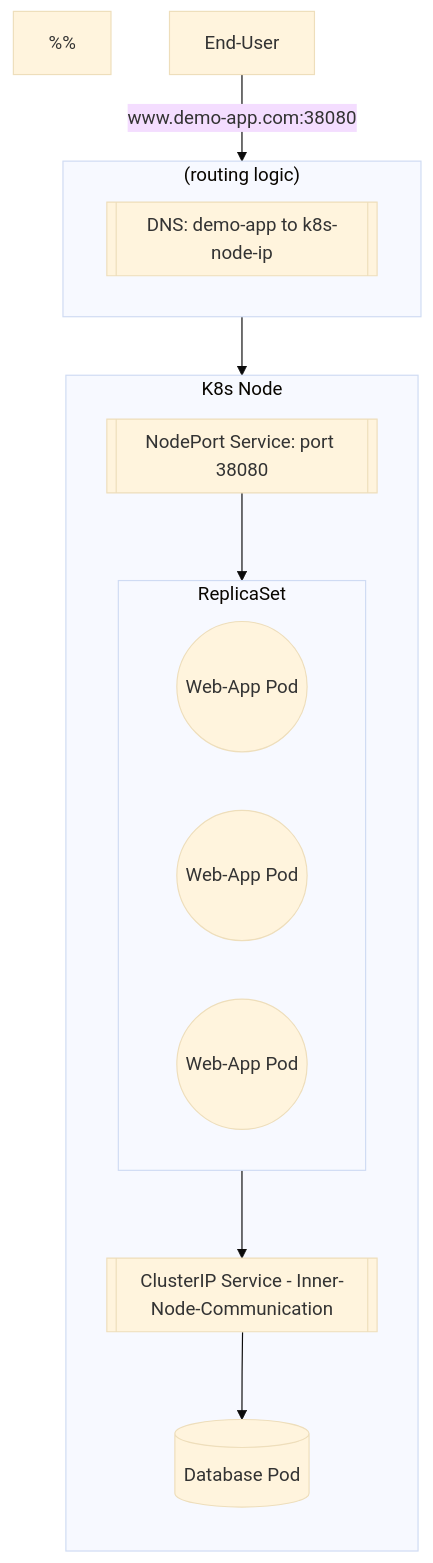
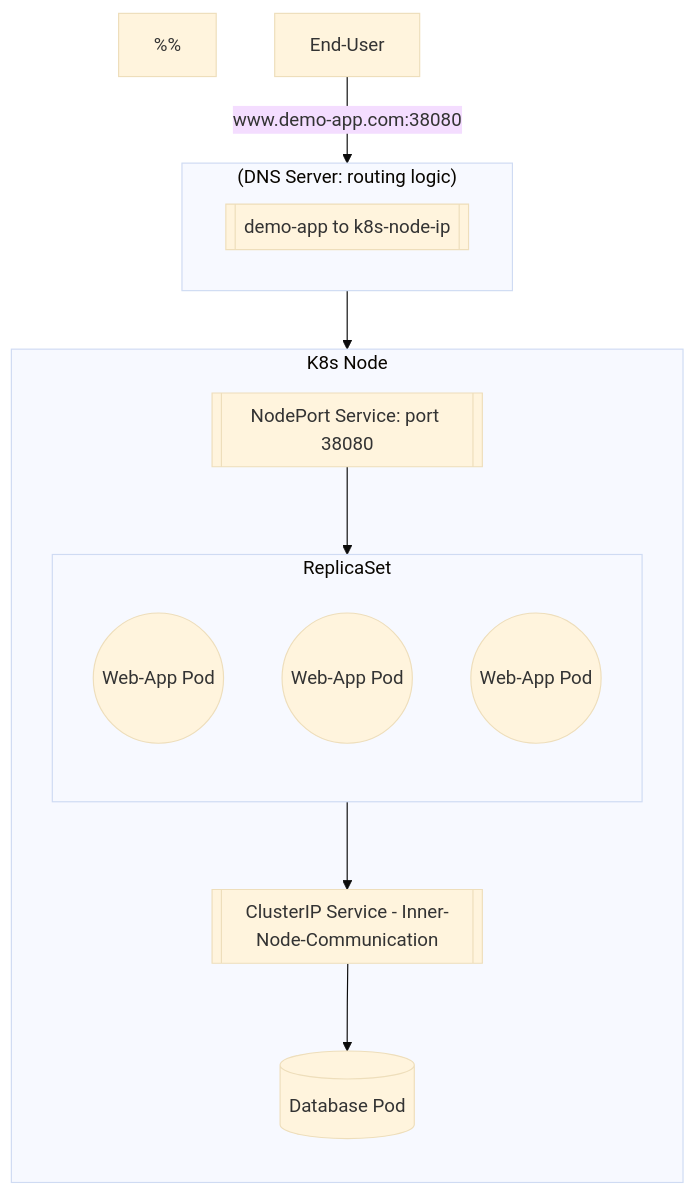
One commit to imagineLife/big-site changed the fourth of 7 diagrams in content/k8s/in-depth/why-ingress.md. Above: the diagram before and after it, drawn with Mermaid (base theme). The commit also changed other lines of this file, not shown here.

Commit message:
minor adjust

````diff
--- a/content/k8s/in-depth/why-ingress.md
+++ b/content/k8s/in-depth/why-ingress.md
@@ -114,40 +115,41 @@
 ```mermaid
 flowchart TD
   %%
   %%  Nodes
   %%
   USER[End-User]
   
-  DNS[[DNS: demo-app to k8s-node-ip]]
+  DNS[[demo-app to k8s-node-ip]]
 
   NPS[[NodePort Service: port 38080]]
   APP((Web-App Pod))
   APP2((Web-App Pod))
   APP3((Web-App Pod))
   DBS[[ClusterIP Service - Inner-Node-Communication]]
   DB[(Database Pod)]
   
   
 
-  subgraph RL["(routing logic)"]
+  subgraph RL["(DNS Server: routing logic)"]
     DNS
   end
 
   subgraph RS [ReplicaSet]
+    direction TB
     APP
     APP2
     APP3
   end
 
   subgraph K8s Node
     direction TB
     NPS --> RS
     RS --> DBS
     DBS --> DB
   end
   
   
 
   USER -- "www.demo-app.com:38080" --> RL
   RL --> NPS
 ```
````
